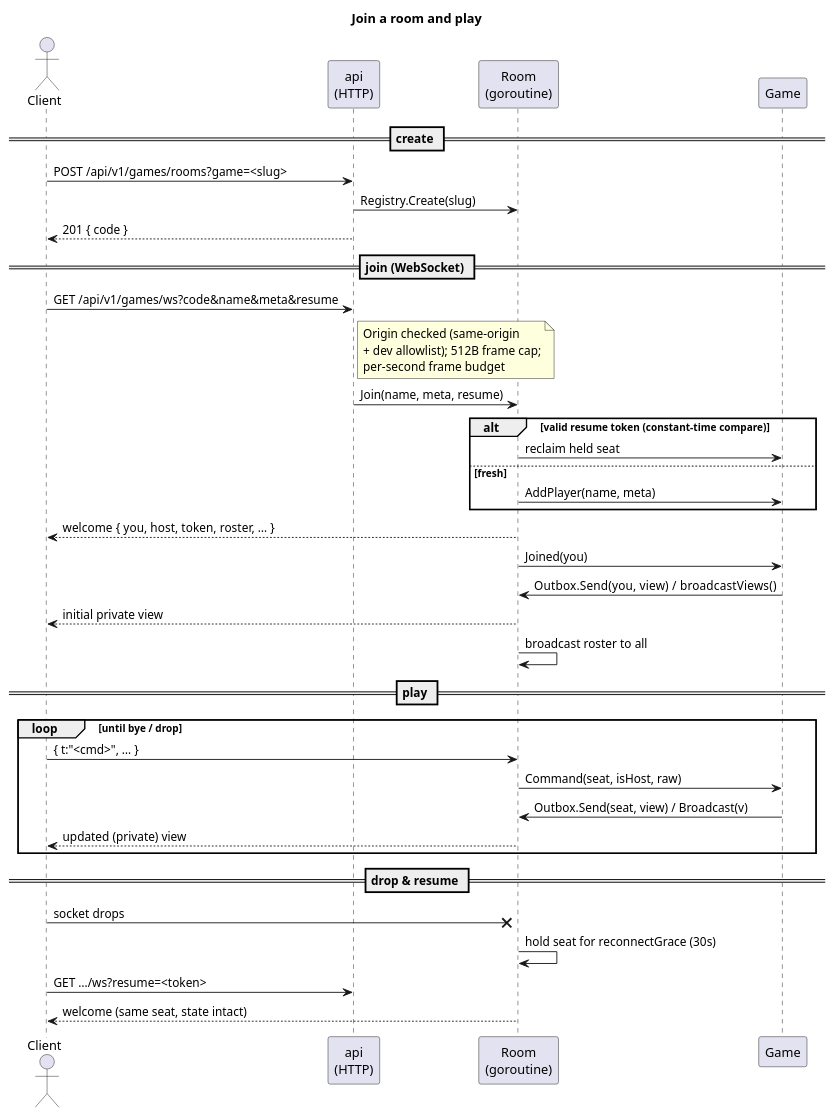
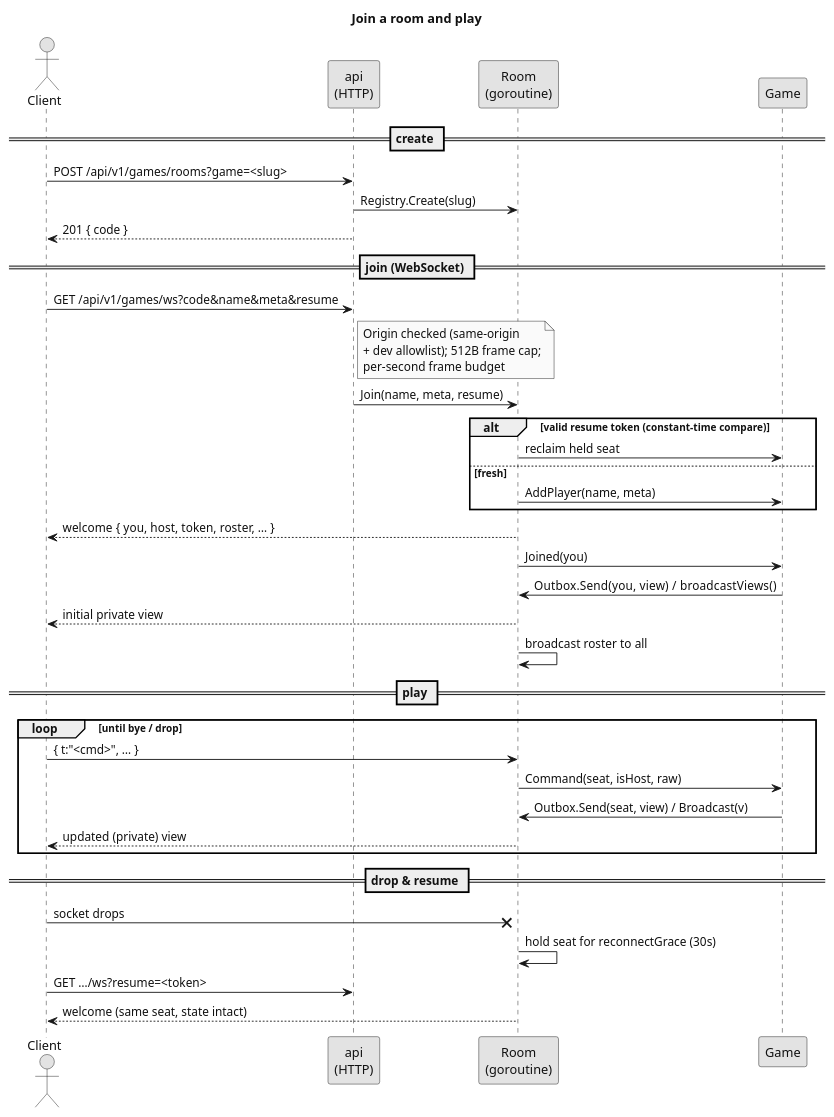
Before and after one commit to Niklasvdm/TotemAppIT: the fourth of 5 diagrams in docs/games-architecture.md, drawn with PlantUML. The commit also changed other lines of this file and 1 other file, not shown here.

````diff
--- a/docs/games-architecture.md
+++ b/docs/games-architecture.md
@@ -335,44 +273,47 @@
 ```plantuml
 @startuml ws-sequence
 title Join a room and play
 skinparam shadowing false
+skinparam backgroundColor #FFFFFF
+skinparam monochrome true
+skinparam defaultFontColor #111111
 actor Client
 participant "api\n(HTTP)" as API
 participant "Room\n(goroutine)" as Room
 participant "Game" as Game
 
 == create ==
 Client -> API : POST /api/v1/games/rooms?game=<slug>
 API -> Room : Registry.Create(slug)
 API --> Client : 201 { code }
 
 == join (WebSocket) ==
 Client -> API : GET /api/v1/games/ws?code&name&meta&resume
 note right of API : Origin checked (same-origin\n+ dev allowlist); 512B frame cap;\nper-second frame budget
 API -> Room : Join(name, meta, resume)
 alt valid resume token (constant-time compare)
   Room -> Game : reclaim held seat
 else fresh
   Room -> Game : AddPlayer(name, meta)
 end
 Room --> Client : welcome { you, host, token, roster, … }
 Room -> Game : Joined(you)
 Game -> Room : Outbox.Send(you, view)  /  broadcastViews()
 Room --> Client : initial private view
 Room -> Room : broadcast roster to all
 
 == play ==
 loop until bye / drop
   Client -> Room : { t:"<cmd>", … }
   Room -> Game : Command(seat, isHost, raw)
   Game -> Room : Outbox.Send(seat, view) / Broadcast(v)
   Room --> Client : updated (private) view
 end
 
 == drop & resume ==
 Client -x Room : socket drops
 Room -> Room : hold seat for reconnectGrace (30s)
 Client -> API : GET …/ws?resume=<token>
 Room --> Client : welcome (same seat, state intact)
 @enduml
 ```
````
